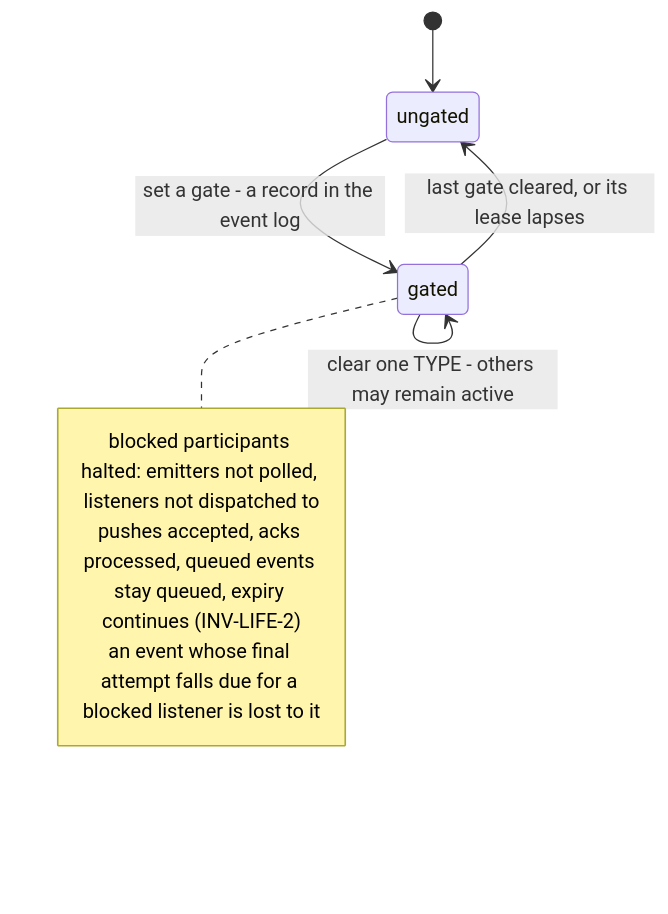
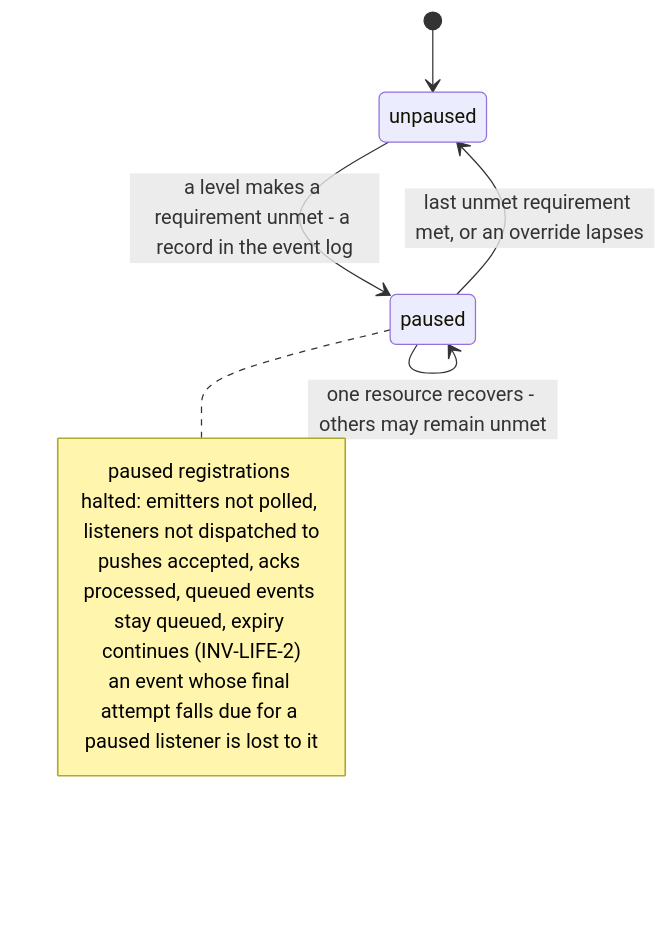
One commit to phillipgreenii/nix-agent-support changed diagram 18 of 19 in packages/pg-router/docs/behavior/journeys.md. Above: the diagram before and after it, drawn with Mermaid. The commit also changed other lines of this file and 16 other files, not shown here.

````diff
--- a/packages/pg-router/docs/behavior/journeys.md
+++ b/packages/pg-router/docs/behavior/journeys.md
@@ -1102,13 +1103,13 @@
 ```mermaid
 stateDiagram-v2
-    [*] --> ungated
-    ungated --> gated: set a gate - a record in the event log
-    gated --> gated: set another TYPE, or renew a lease
-    gated --> ungated: last gate cleared, or its lease lapses
-    gated --> gated: clear one TYPE - others may remain active
-    note right of gated
-      blocked participants halted: emitters not polled, listeners not dispatched to
+    [*] --> unpaused
+    unpaused --> paused: a level makes a requirement unmet - a record in the event log
+    paused --> paused: another resource changes, or a lease is renewed
+    paused --> unpaused: last unmet requirement met, or an override lapses
+    paused --> paused: one resource recovers - others may remain unmet
+    note right of paused
+      paused registrations halted: emitters not polled, listeners not dispatched to
       pushes accepted, acks processed, queued events stay queued, expiry continues (INV-LIFE-2)
-      an event whose final attempt falls due for a blocked listener is lost to it
+      an event whose final attempt falls due for a paused listener is lost to it
     end note
 ```
````
